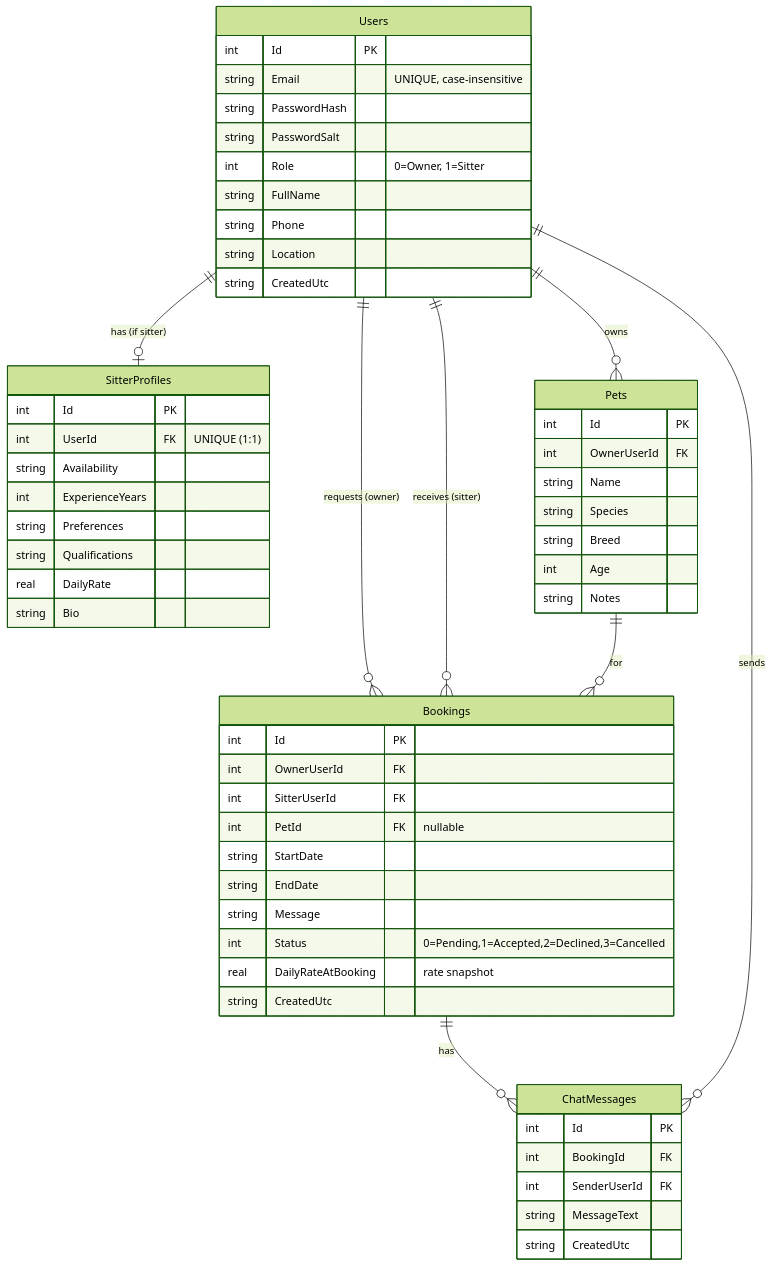
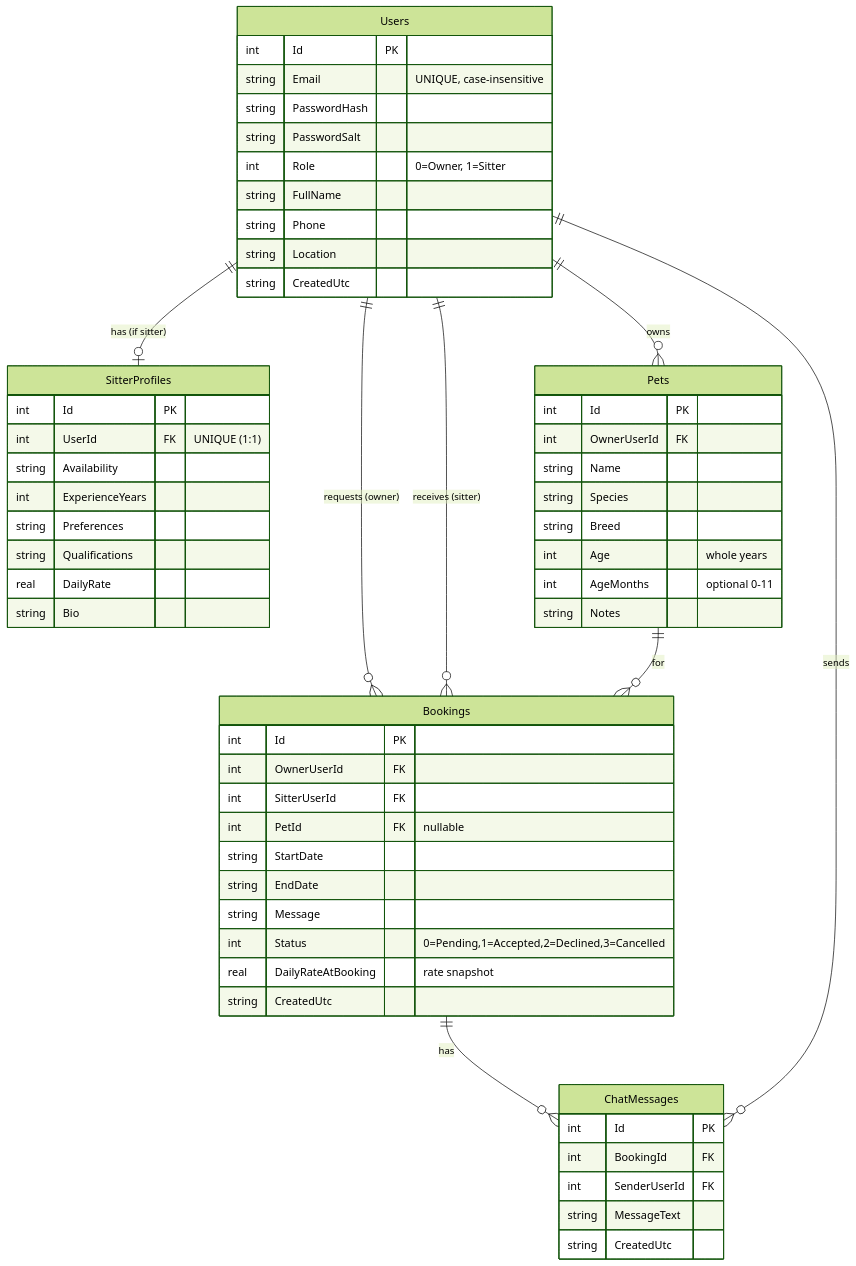
One commit to Misterdynamite/PetSitters changed the second of 3 diagrams in docs/Architecture.md. Above: the diagram before and after it, drawn with Mermaid (forest theme). The commit also changed other lines of this file and 14 other files, not shown here.

Commit message:
Account Registration Fix + Pet Age to Months

````diff
--- a/docs/Architecture.md
+++ b/docs/Architecture.md
@@ -116,60 +116,61 @@
 ```mermaid
 erDiagram
     Users ||--o| SitterProfiles : "has (if sitter)"
     Users ||--o{ Pets : owns
     Users ||--o{ Bookings : "requests (owner)"
     Users ||--o{ Bookings : "receives (sitter)"
     Pets  ||--o{ Bookings : "for"
     Bookings ||--o{ ChatMessages : "has"
     Users ||--o{ ChatMessages : sends
 
     Users {
         int Id PK
         string Email "UNIQUE, case-insensitive"
         string PasswordHash
         string PasswordSalt
         int Role "0=Owner, 1=Sitter"
         string FullName
         string Phone
         string Location
         string CreatedUtc
     }
     SitterProfiles {
         int Id PK
         int UserId FK "UNIQUE (1:1)"
         string Availability
         int ExperienceYears
         string Preferences
         string Qualifications
         real DailyRate
         string Bio
     }
     Pets {
         int Id PK
         int OwnerUserId FK
         string Name
         string Species
         string Breed
-        int Age
+        int Age "whole years"
+        int AgeMonths "optional 0-11"
         string Notes
     }
     Bookings {
         int Id PK
         int OwnerUserId FK
         int SitterUserId FK
         int PetId FK "nullable"
         string StartDate
         string EndDate
         string Message
         int Status "0=Pending,1=Accepted,2=Declined,3=Cancelled"
         real DailyRateAtBooking "rate snapshot"
         string CreatedUtc
     }
     ChatMessages {
         int Id PK
         int BookingId FK
         int SenderUserId FK
         string MessageText
         string CreatedUtc
     }
 ```
````
